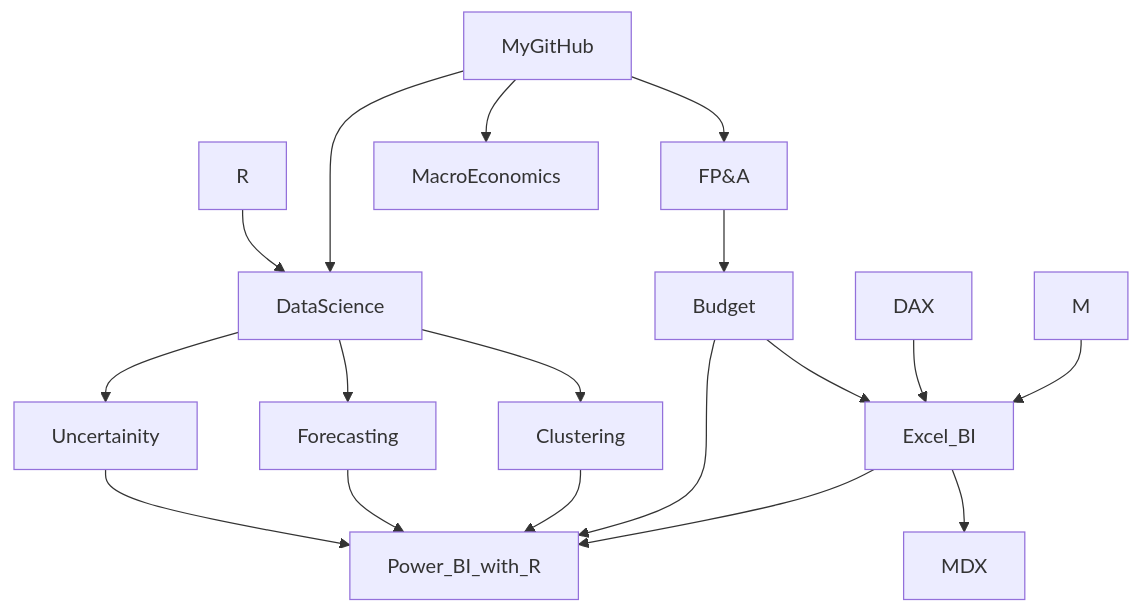
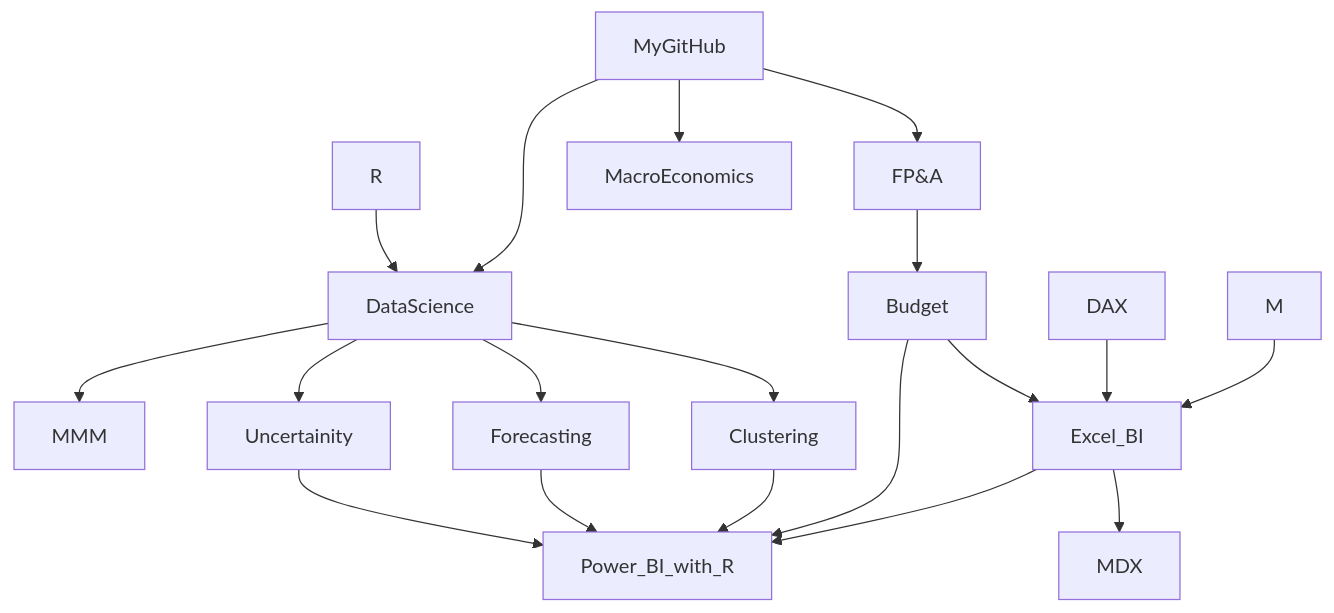
The diagram in README.md (md3629/md3629), drawn with Mermaid before and after one commit.

````diff
--- a/README.md
+++ b/README.md
@@ -9,20 +9,21 @@
 ```mermaid
 graph TD;
     MyGitHub-->FP&A;
     FP&A-->Budget;
     R-->DataScience;
     MyGitHub-->DataScience;
     MyGitHub-->MacroEconomics;
+    DataScience-->MMM;
     DataScience-->Forecasting;
     DataScience-->Clustering;
     DataScience-->Uncertainity;
     Uncertainity-->Power_BI_with_R;
     Forecasting-->Power_BI_with_R;
     Clustering-->Power_BI_with_R;
     Budget-->Power_BI_with_R;
     Budget-->Excel_BI;
     DAX-->Excel_BI;
     M-->Excel_BI;
     Excel_BI-->Power_BI_with_R;
     Excel_BI-->MDX;
 ```
````
